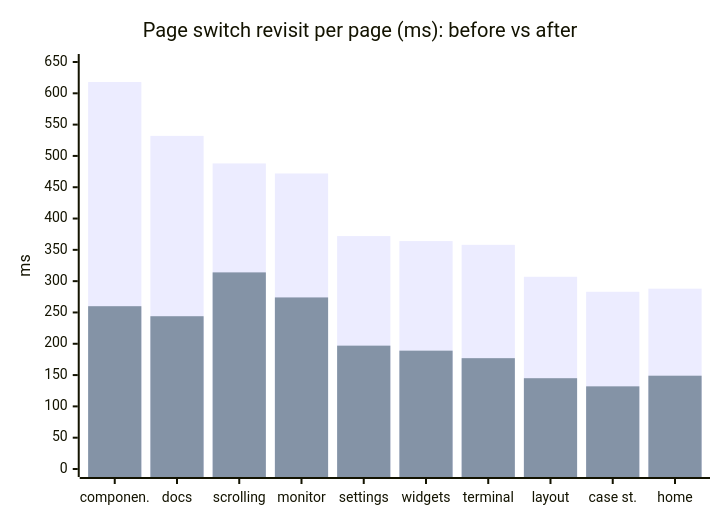
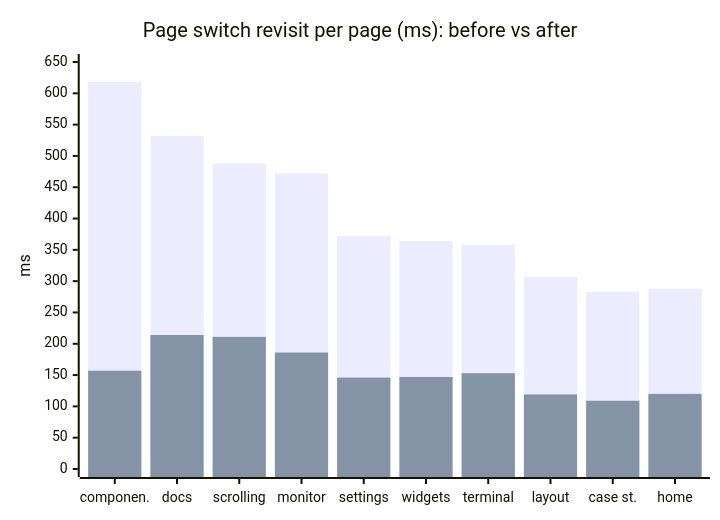
The fifth of 6 diagrams in docs/design/performance-journey.md (DinosaursAreCute/DinosAmazingBashTui), drawn with Mermaid before and after one commit. The commit also changed other lines of this file and 87 other files, not shown here.

````diff
--- a/docs/design/performance-journey.md
+++ b/docs/design/performance-journey.md
@@ -102,8 +109,8 @@
 ```mermaid
 xychart-beta
     title "Page switch revisit per page (ms): before vs after"
     x-axis ["componen.", "docs", "scrolling", "monitor", "settings", "widgets", "terminal", "layout", "case st.", "home"]
     y-axis "ms" 0 --> 650
     bar [618, 532, 488, 472, 372, 364, 358, 307, 283, 288]
-    bar [260, 244, 314, 274, 197, 189, 177, 145, 132, 149]
+    bar [157, 214, 211, 186, 146, 147, 153, 119, 109, 120]
 ```
````
